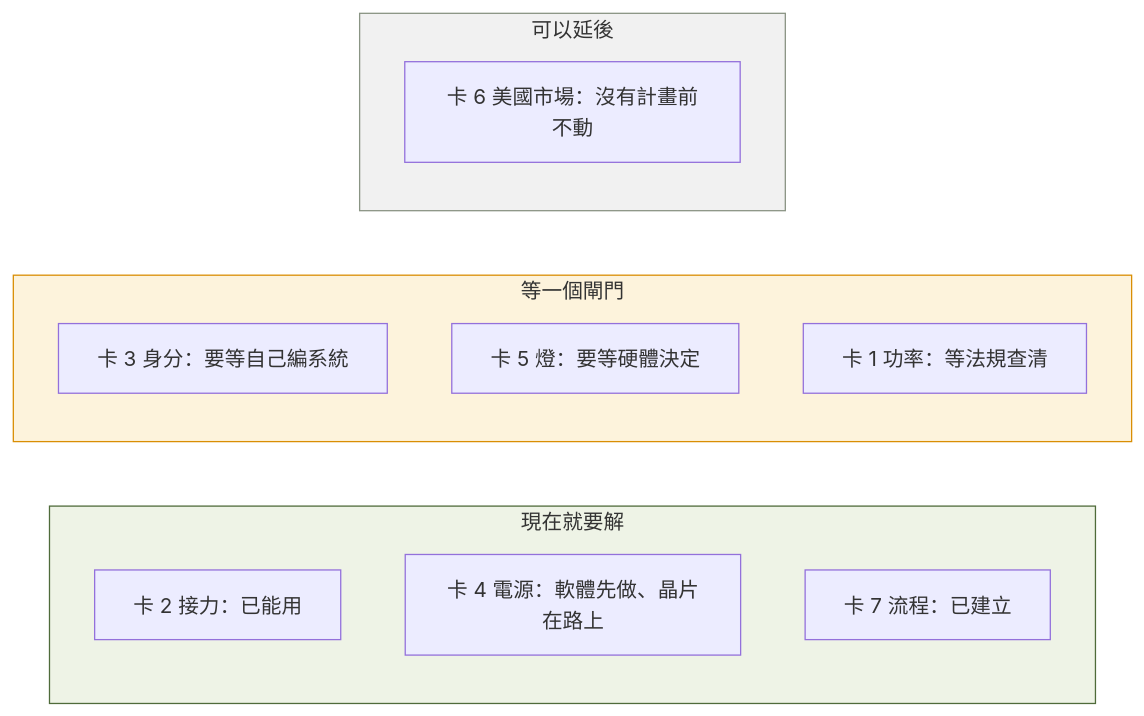
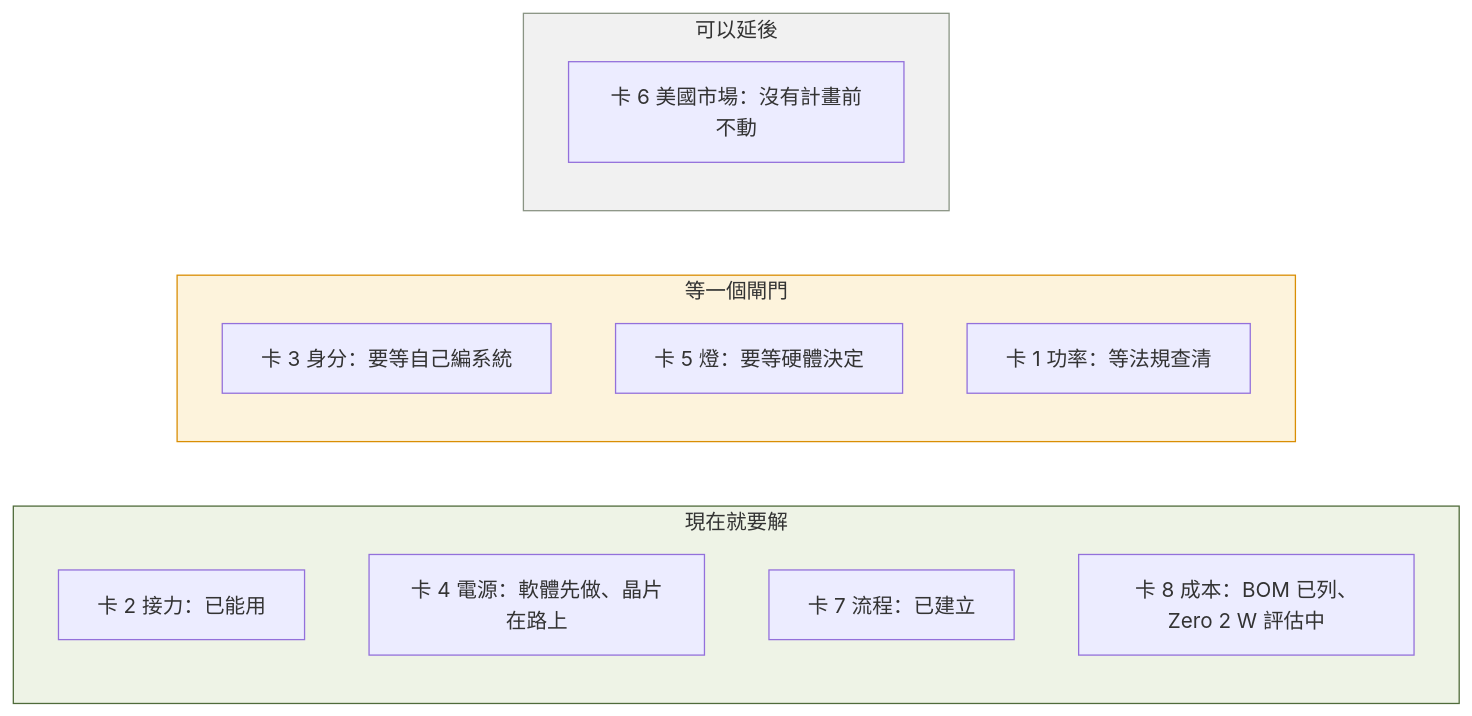
Before and after one commit to winson3QQ/Batman: the fourth of 4 diagrams in docs/curriculum/week4.md, drawn with Mermaid. The commit also changed other lines of this file and 4 other files, not shown here.

````diff
--- a/docs/curriculum/week4.md
+++ b/docs/curriculum/week4.md
@@ -103,19 +174,20 @@
 ```mermaid
 flowchart LR
   subgraph NOW[現在就要解]
     A1[卡 2 接力：已能用]
     A2[卡 4 電源：軟體先做、晶片在路上]
     A3[卡 7 流程：已建立]
+    A4[卡 8 成本：BOM 已列、Zero 2 W 評估中]
   end
   subgraph GATE[等一個閘門]
     B1[卡 3 身分：要等自己編系統]
     B2[卡 5 燈：要等硬體決定]
     B3[卡 1 功率：等法規查清]
   end
   subgraph LATER[可以延後]
     C1[卡 6 美國市場：沒有計畫前不動]
   end
   style NOW fill:#eef3e6,stroke:#4f6b3a
   style GATE fill:#fdf3dc,stroke:#d98e04
   style LATER fill:#f1f1f1,stroke:#8a9484
 ```
````
